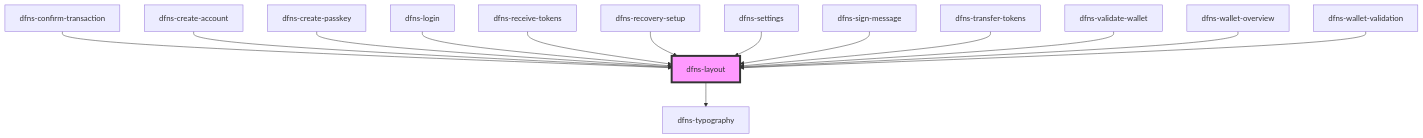
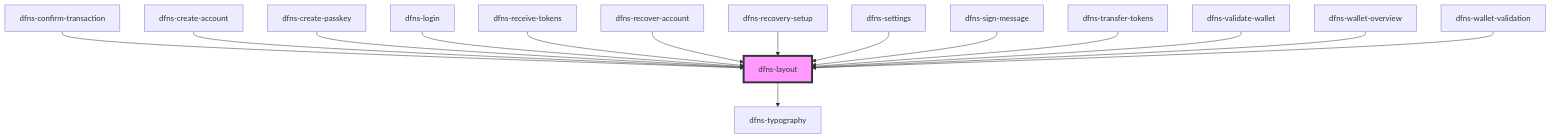
The diagram in src/components/Materials/Templates/dfns-layout/readme.md (dfnsext/web-ui), drawn with Mermaid before and after one commit. The commit also changed other lines of this file and 8 other files, not shown here.

Commit message:
WIP - Recover account UI

````diff
--- a/src/components/Materials/Templates/dfns-layout/readme.md
+++ b/src/components/Materials/Templates/dfns-layout/readme.md
@@ -38,17 +39,18 @@
 ```mermaid
 graph TD;
   dfns-layout --> dfns-typography
   dfns-confirm-transaction --> dfns-layout
   dfns-create-account --> dfns-layout
   dfns-create-passkey --> dfns-layout
   dfns-login --> dfns-layout
   dfns-receive-tokens --> dfns-layout
+  dfns-recover-account --> dfns-layout
   dfns-recovery-setup --> dfns-layout
   dfns-settings --> dfns-layout
   dfns-sign-message --> dfns-layout
   dfns-transfer-tokens --> dfns-layout
   dfns-validate-wallet --> dfns-layout
   dfns-wallet-overview --> dfns-layout
   dfns-wallet-validation --> dfns-layout
   style dfns-layout fill:#f9f,stroke:#333,stroke-width:4px
 ```
````
